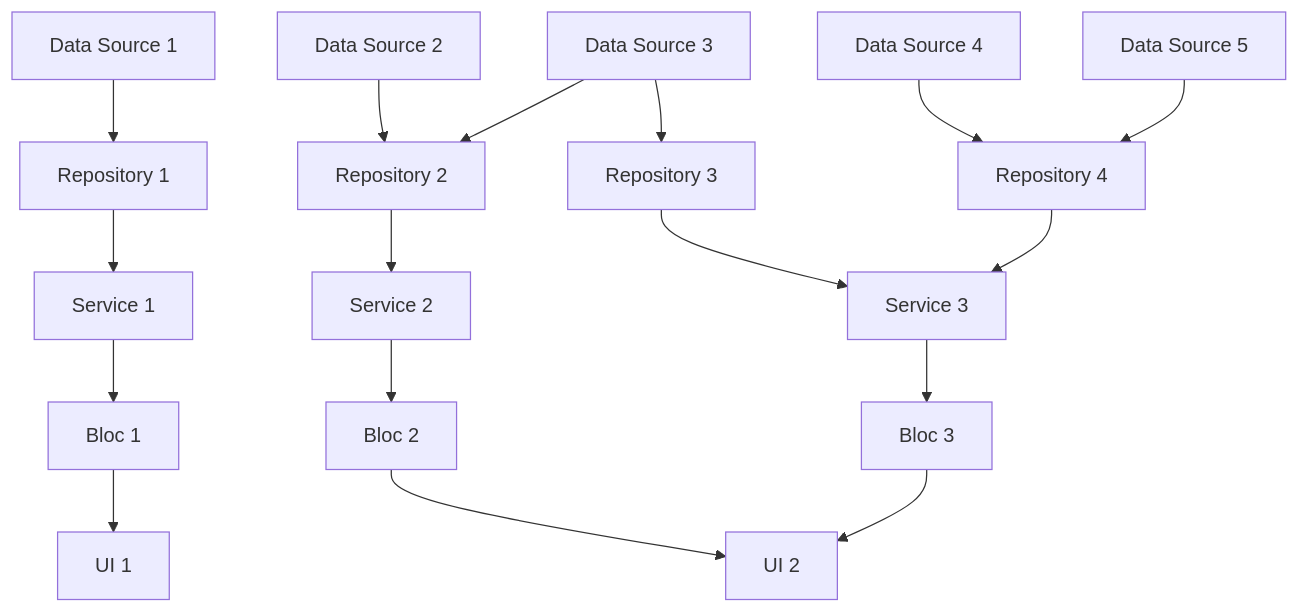
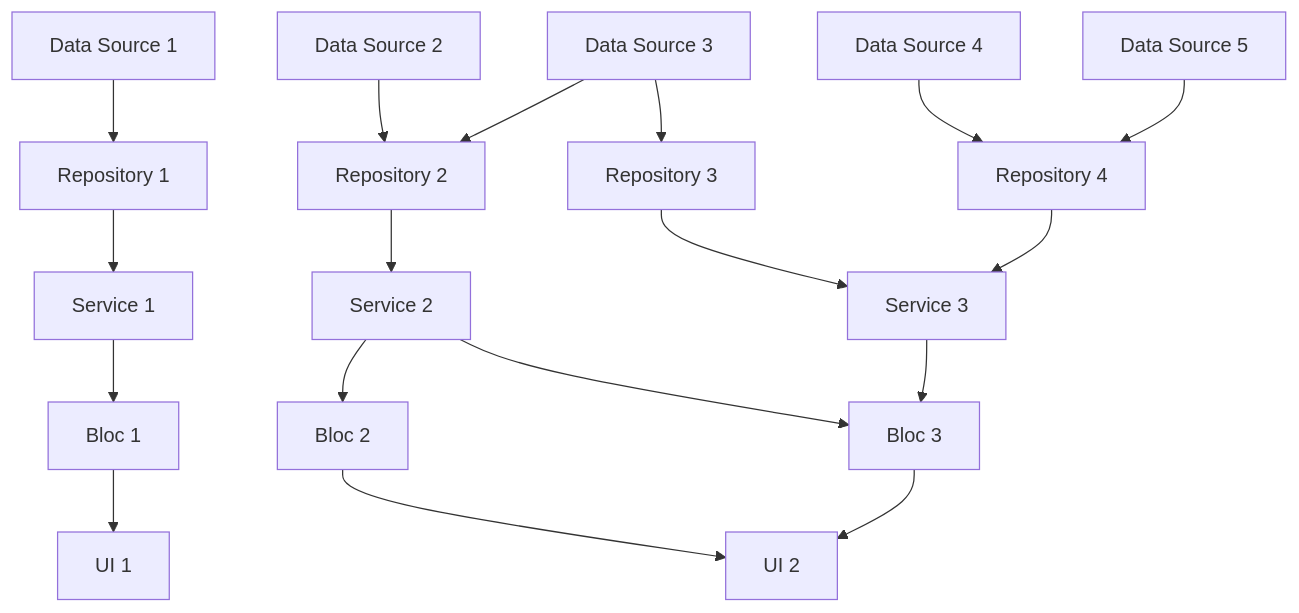
One commit to fewling/MyTec-Code-Test changed the second of 3 diagrams in README.md. Above: the diagram before and after it, drawn with Mermaid. The commit also changed other lines of this file, not shown here.

````diff
--- a/README.md
+++ b/README.md
@@ -299,44 +305,45 @@
 ```mermaid
 flowchart TD
     data1["Data Source 1"]
     data2["Data Source 2"]
     data3["Data Source 3"]
     data4["Data Source 4"]
     data5["Data Source 5"]
 
     repo1["Repository 1"]
     repo2["Repository 2"]
     repo3["Repository 3"]
     repo4["Repository 4"]
 
     service1["Service 1"]
     service2["Service 2"]
     service3["Service 3"]
 
     bloc1["Bloc 1"]
     bloc2["Bloc 2"]
     bloc3["Bloc 3"]
 
     ui1["UI 1"]
     ui2["UI 2"]
 
     data1 --> repo1
     data2 --> repo2
     data3 --> repo2
     data3 --> repo3
     data4 --> repo4
     data5 --> repo4
 
     repo1 --> service1
     repo2 --> service2
     repo3 --> service3
     repo4 --> service3
 
     service1 --> bloc1
     service2 --> bloc2
+    service2 --> bloc3
     service3 --> bloc3
     
     bloc1 --> ui1
     bloc2 --> ui2
     bloc3 --> ui2
 ```
````
